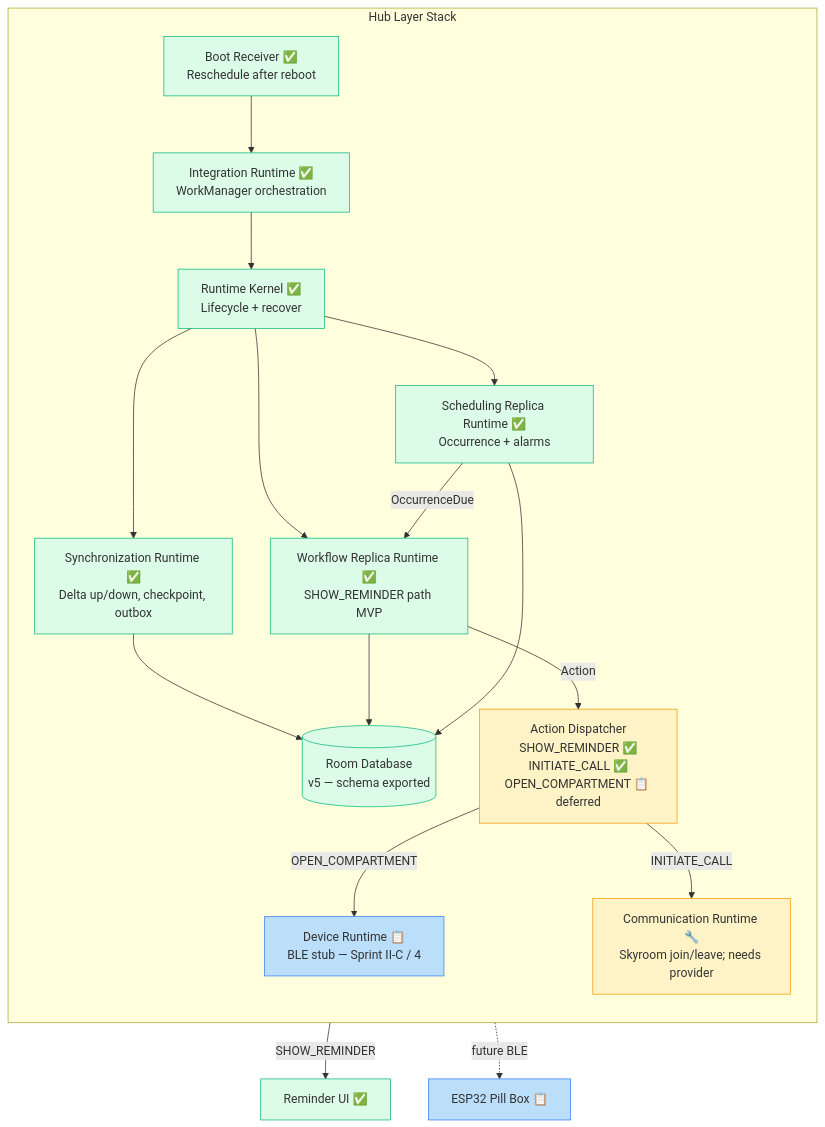
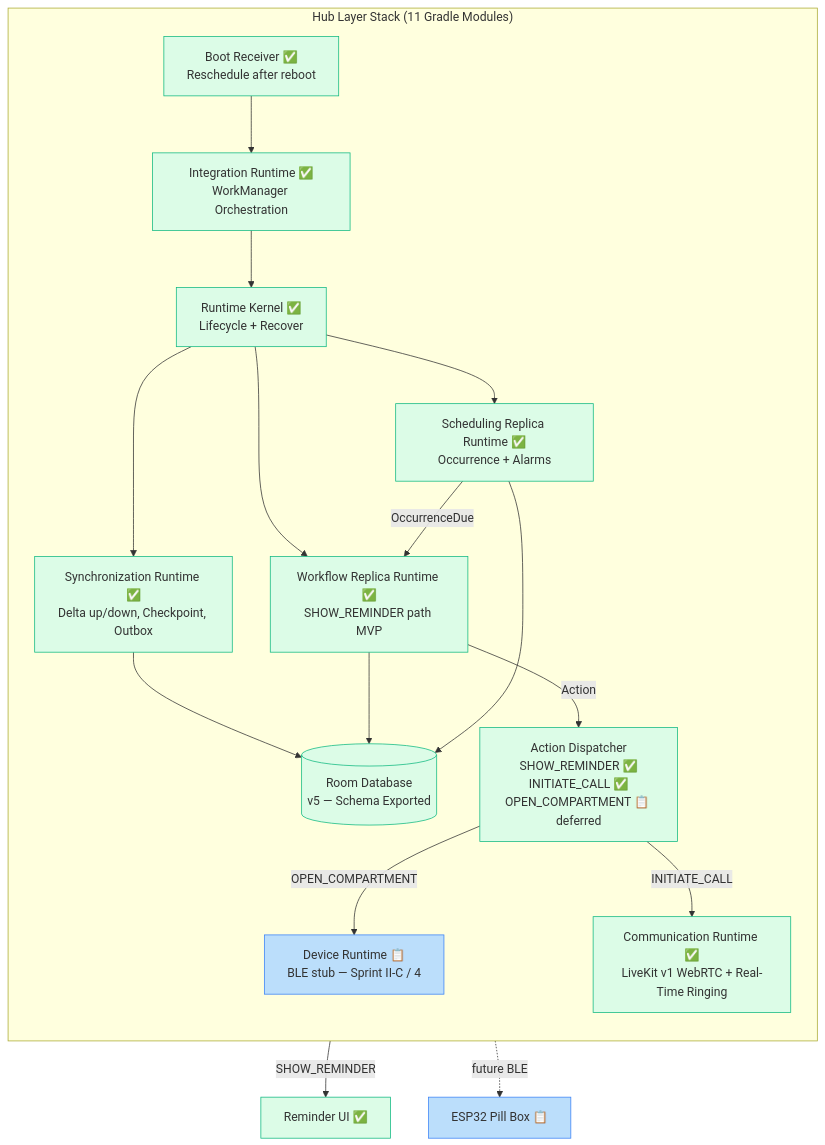
Before and after one commit to Aurliano/yara-care-os: the fourth of 11 diagrams in docs/progress-flowchart.md, drawn with Mermaid. The commit also changed other lines of this file and 75 other files, not shown here.

````diff
--- a/docs/progress-flowchart.md
+++ b/docs/progress-flowchart.md
@@ -225,44 +223,44 @@
 ```mermaid
 flowchart TB
-    subgraph HubLayers["Hub Layer Stack"]
+    subgraph HubLayers["Hub Layer Stack (11 Gradle Modules)"]
         direction TB
-        DB[(Room Database<br/>v5 — schema exported)]
-        SYNC["Synchronization Runtime ✅<br/>Delta up/down, checkpoint, outbox"]
-        KERNEL["Runtime Kernel ✅<br/>Lifecycle + recover"]
-        SCHED["Scheduling Replica Runtime ✅<br/>Occurrence + alarms"]
+        DB[(Room Database<br/>v5 — Schema Exported)]
+        SYNC["Synchronization Runtime ✅<br/>Delta up/down, Checkpoint, Outbox"]
+        KERNEL["Runtime Kernel ✅<br/>Lifecycle + Recover"]
+        SCHED["Scheduling Replica Runtime ✅<br/>Occurrence + Alarms"]
         WFRUN["Workflow Replica Runtime ✅<br/>SHOW_REMINDER path MVP"]
         DISPATCH["Action Dispatcher<br/>SHOW_REMINDER ✅<br/>INITIATE_CALL ✅<br/>OPEN_COMPARTMENT 📋 deferred"]
         DEVRT["Device Runtime 📋<br/>BLE stub — Sprint II-C / 4"]
-        COMRT["Communication Runtime 🔧<br/>Skyroom join/leave; needs provider"]
-        INTEG["Integration Runtime ✅<br/>WorkManager orchestration"]
+        COMRT["Communication Runtime ✅<br/>LiveKit v1 WebRTC + Real-Time Ringing"]
+        INTEG["Integration Runtime ✅<br/>WorkManager Orchestration"]
         BOOT["Boot Receiver ✅<br/>Reschedule after reboot"]
     end
 
     BOOT --> INTEG
     INTEG --> KERNEL
     KERNEL --> SYNC
     KERNEL --> SCHED
     KERNEL --> WFRUN
     SCHED -->|OccurrenceDue| WFRUN
     WFRUN -->|Action| DISPATCH
     DISPATCH -->|SHOW_REMINDER| UI[Reminder UI ✅]
     DISPATCH -->|OPEN_COMPARTMENT| DEVRT
     DISPATCH -->|INITIATE_CALL| COMRT
     DEVRT -.->|future BLE| PILL["ESP32 Pill Box 📋"]
     SYNC --> DB
     WFRUN --> DB
     SCHED --> DB
 
     style DB fill:#dcfce7,stroke:#10b981
     style SYNC fill:#dcfce7,stroke:#10b981
     style KERNEL fill:#dcfce7,stroke:#10b981
     style SCHED fill:#dcfce7,stroke:#10b981
     style WFRUN fill:#dcfce7,stroke:#10b981
-    style DISPATCH fill:#fef3c7,stroke:#f59e0b
+    style DISPATCH fill:#dcfce7,stroke:#10b981
     style DEVRT fill:#bbdefb,stroke:#3b82f6
-    style COMRT fill:#fef3c7,stroke:#f59e0b
+    style COMRT fill:#dcfce7,stroke:#10b981
     style INTEG fill:#dcfce7,stroke:#10b981
     style BOOT fill:#dcfce7,stroke:#10b981
     style UI fill:#dcfce7,stroke:#10b981
     style PILL fill:#bbdefb,stroke:#3b82f6
 ```
````
